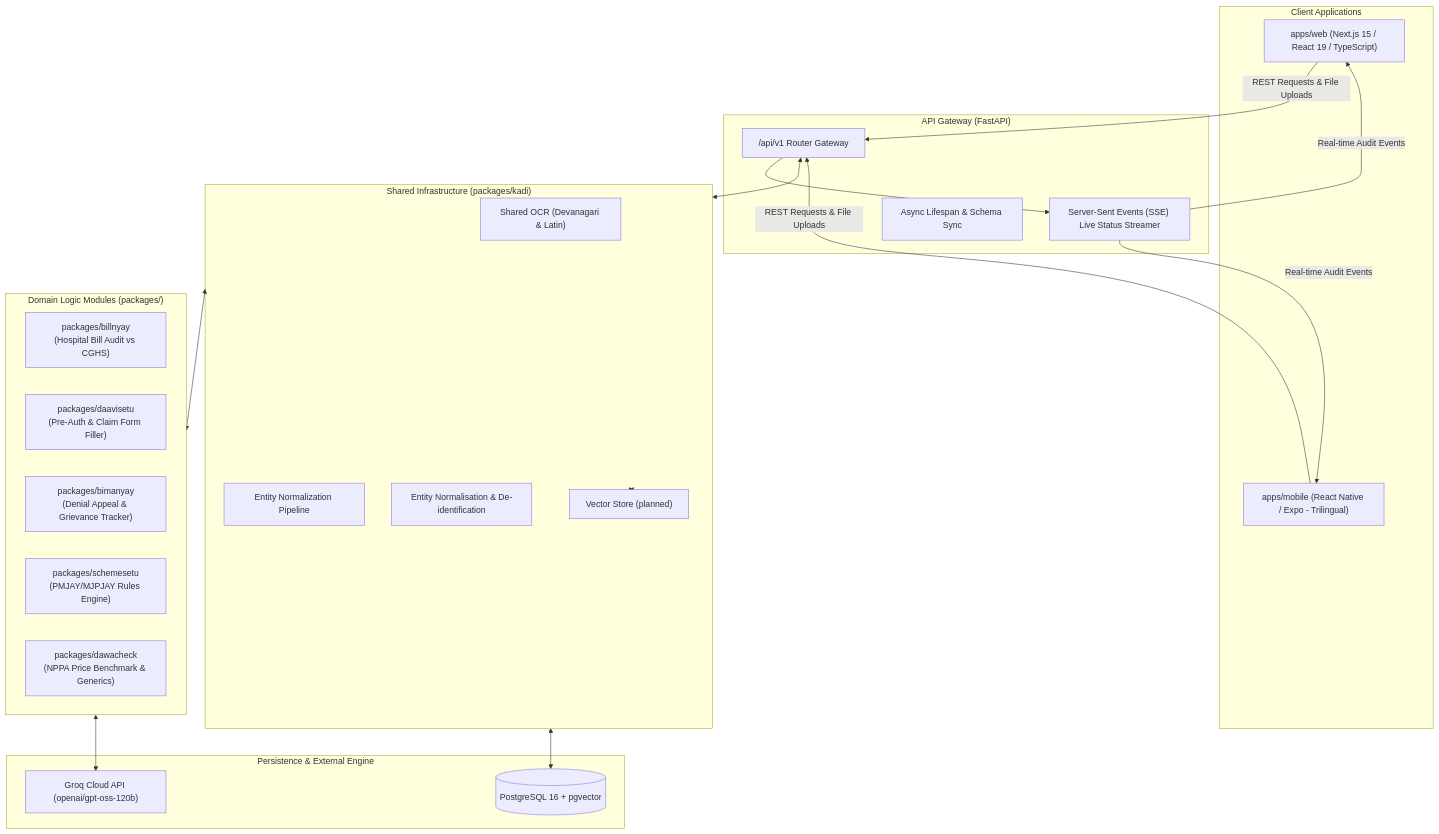
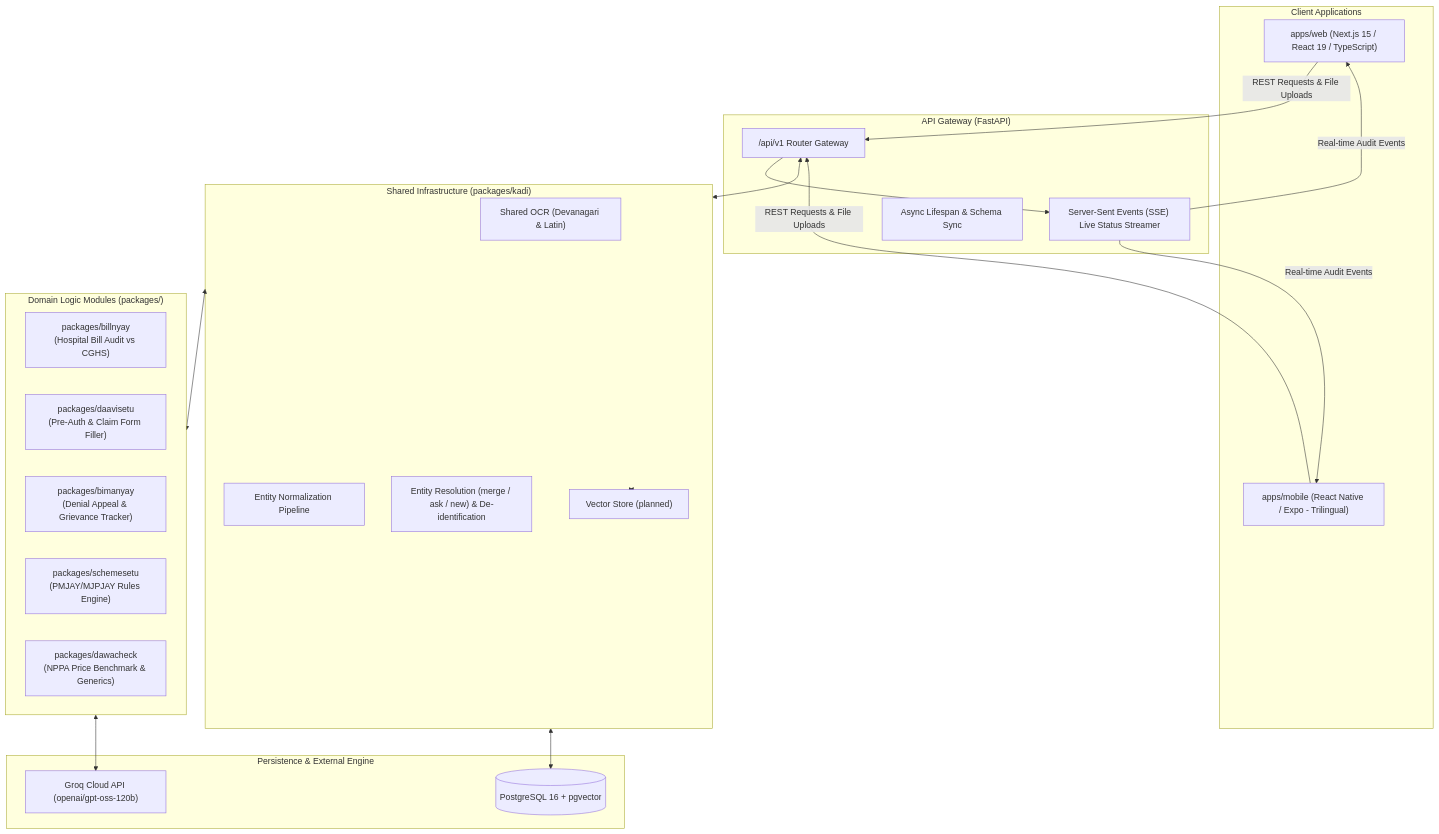
The diagram in docs/architecture/overview.md (Viraj281105/Arogyarakshak), drawn with Mermaid before and after one commit. The commit also changed other lines of this file and 13 other files, not shown here.

````diff
--- a/docs/architecture/overview.md
+++ b/docs/architecture/overview.md
@@ -18,43 +18,43 @@
 ```mermaid
 flowchart TD
     subgraph ClientLayer ["Client Applications"]
         Web["apps/web (Next.js 15 / React 19 / TypeScript)"]
         Mobile["apps/mobile (React Native / Expo - Trilingual)"]
     end
 
     subgraph APILayer ["API Gateway (FastAPI)"]
         Router["/api/v1 Router Gateway"]
         SSE["Server-Sent Events (SSE) Live Status Streamer"]
         Lifespan["Async Lifespan & Schema Sync"]
     end
 
     subgraph SharedLayer ["Shared Infrastructure (packages/kadi)"]
         OCR["Shared OCR (Devanagari & Latin)"]
         Extraction["Entity Normalization Pipeline"]
-        Resolution["Entity Normalisation &amp; De-identification"]
+        Resolution["Entity Resolution (merge / ask / new) &amp; De-identification"]
         FAISS_Idx["Vector Store (planned)"]
     end
 
     subgraph DomainModules ["Domain Logic Modules (packages/)"]
         BillNyay["packages/billnyay<br/>(Hospital Bill Audit vs CGHS)"]
         DaaviSetu["packages/daavisetu<br/>(Pre-Auth & Claim Form Filler)"]
         BimaNyay["packages/bimanyay<br/>(Denial Appeal & Grievance Tracker)"]
         SchemeSetu["packages/schemesetu<br/>(PMJAY/MJPJAY Rules Engine)"]
         DawaCheck["packages/dawacheck<br/>(NPPA Price Benchmark & Generics)"]
     end
 
     subgraph DataLayer ["Persistence & External Engine"]
         Postgres[(PostgreSQL 16 + pgvector)]
         Groq["Groq Cloud API (openai/gpt-oss-120b)"]
     end
 
     Web & Mobile -->|REST Requests & File Uploads| Router
     Router --> SSE
     SSE -->|Real-time Audit Events| Web & Mobile
 
     Router <--> SharedLayer
     SharedLayer <--> DomainModules
     SharedLayer <--> Postgres
     SharedLayer <--> FAISS_Idx
     DomainModules <--> Groq
 ```
````
